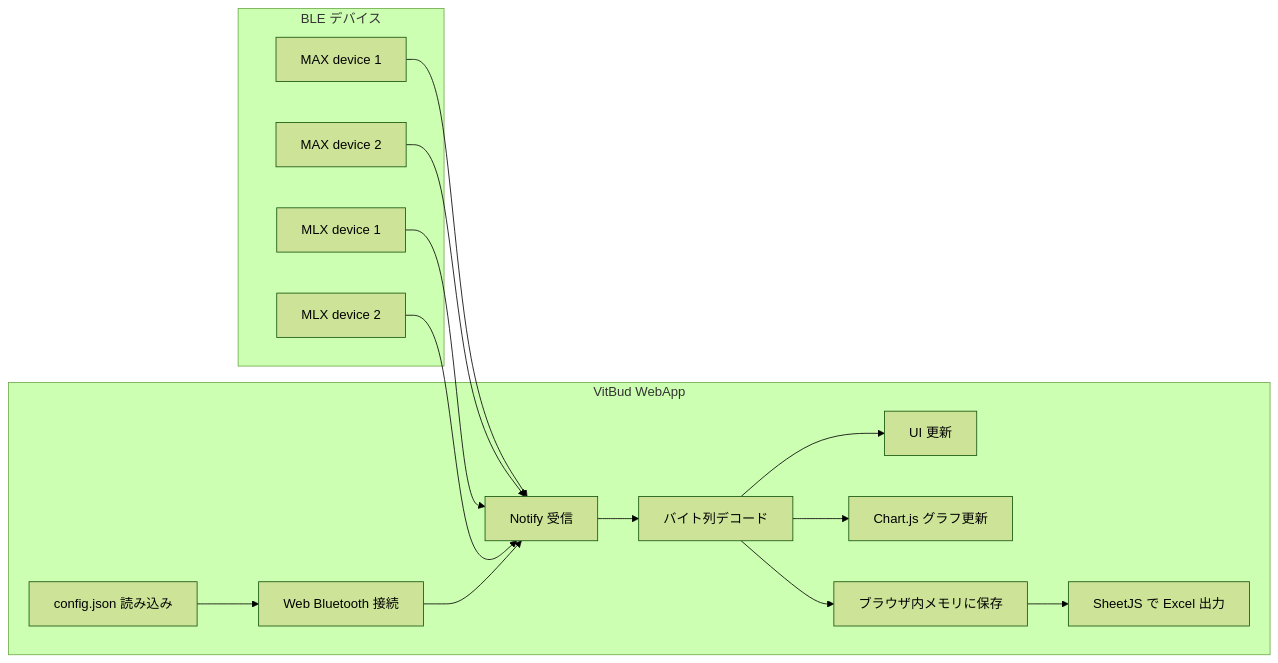
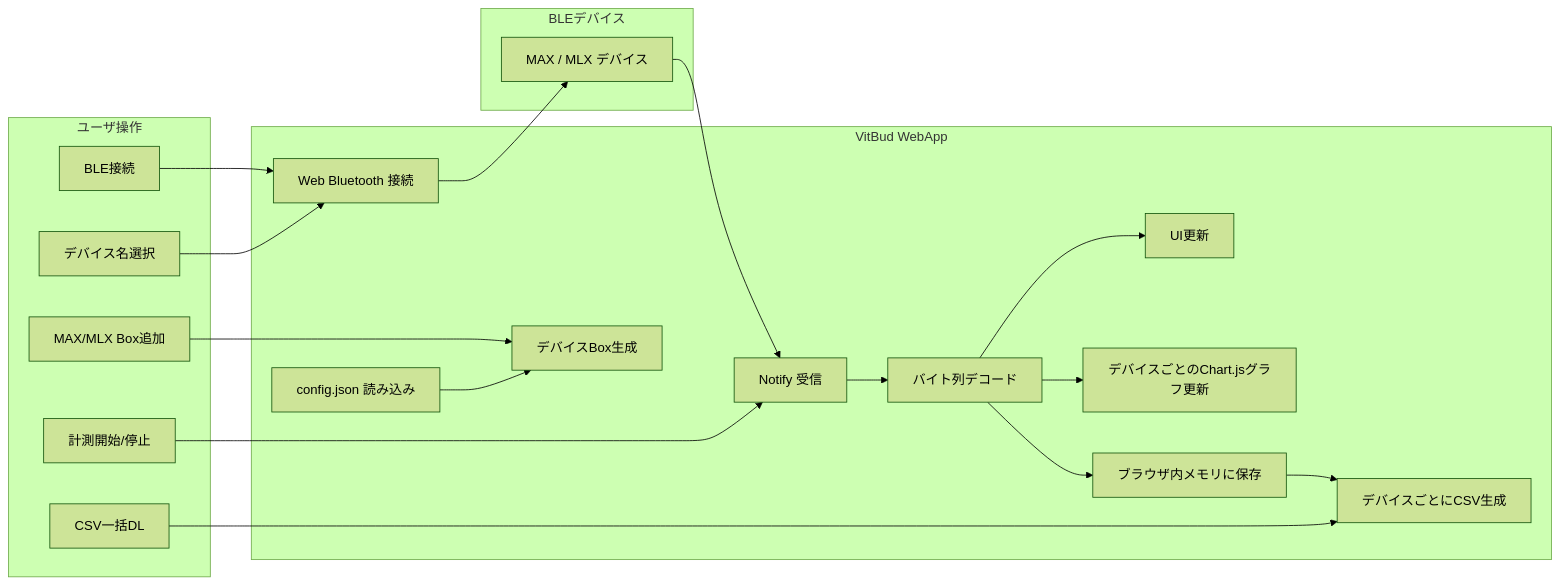
The diagram in README.md (Cream-Pan/VitBud), drawn with Mermaid (forest theme) before and after one commit. The commit also changed other lines of this file, not shown here.

````diff
--- a/README.md
+++ b/README.md
@@ -337,32 +378,40 @@
 ```mermaid
 flowchart LR
-    subgraph Devices["BLE デバイス"]
-      M1["MAX device 1"]
-      M2["MAX device 2"]
-      L1["MLX device 1"]
-      L2["MLX device 2"]
+    subgraph User["ユーザ操作"]
+      U1["MAX/MLX Box追加"]
+      U2["デバイス名選択"]
+      U3["BLE接続"]
+      U4["計測開始/停止"]
+      U5["CSV一括DL"]
     end
 
     subgraph Browser["VitBud WebApp"]
       C1["config.json 読み込み"]
-      B1["Web Bluetooth 接続"]
-      B2["Notify 受信"]
-      B3["バイト列デコード"]
-      B4["UI 更新"]
-      B5["Chart.js グラフ更新"]
-      B6["ブラウザ内メモリに保存"]
-      B7["SheetJS で Excel 出力"]
+      B1["デバイスBox生成"]
+      B2["Web Bluetooth 接続"]
+      B3["Notify 受信"]
+      B4["バイト列デコード"]
+      B5["UI更新"]
+      B6["デバイスごとのChart.jsグラフ更新"]
+      B7["ブラウザ内メモリに保存"]
+      B8["デバイスごとにCSV生成"]
+    end
+
+    subgraph Devices["BLEデバイス"]
+      D1["MAX / MLX デバイス"]
     end
 
     C1 --> B1
-    M1 --> B2
-    M2 --> B2
-    L1 --> B2
-    L2 --> B2
-    B1 --> B2
-    B2 --> B3
+    U1 --> B1
+    U2 --> B2
+    U3 --> B2
+    B2 --> D1
+    U4 --> B3
+    D1 --> B3
     B3 --> B4
-    B3 --> B5
-    B3 --> B6
-    B6 --> B7
+    B4 --> B5
+    B4 --> B6
+    B4 --> B7
+    U5 --> B8
+    B7 --> B8
 ```
````
